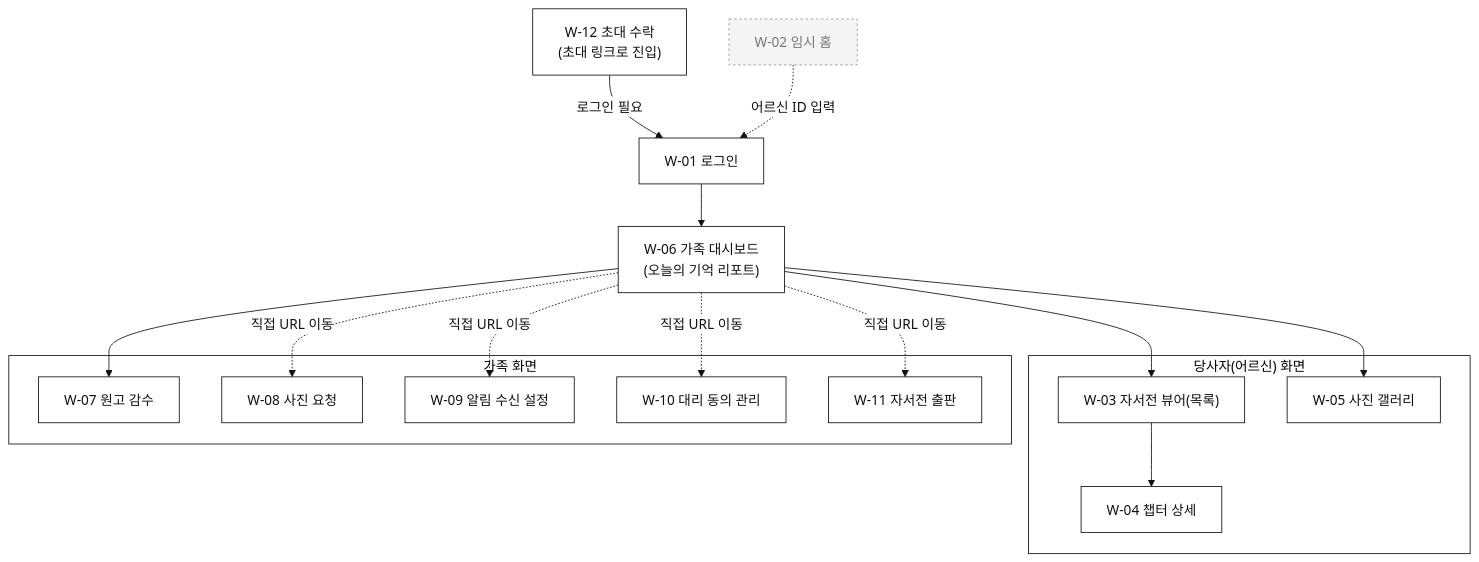
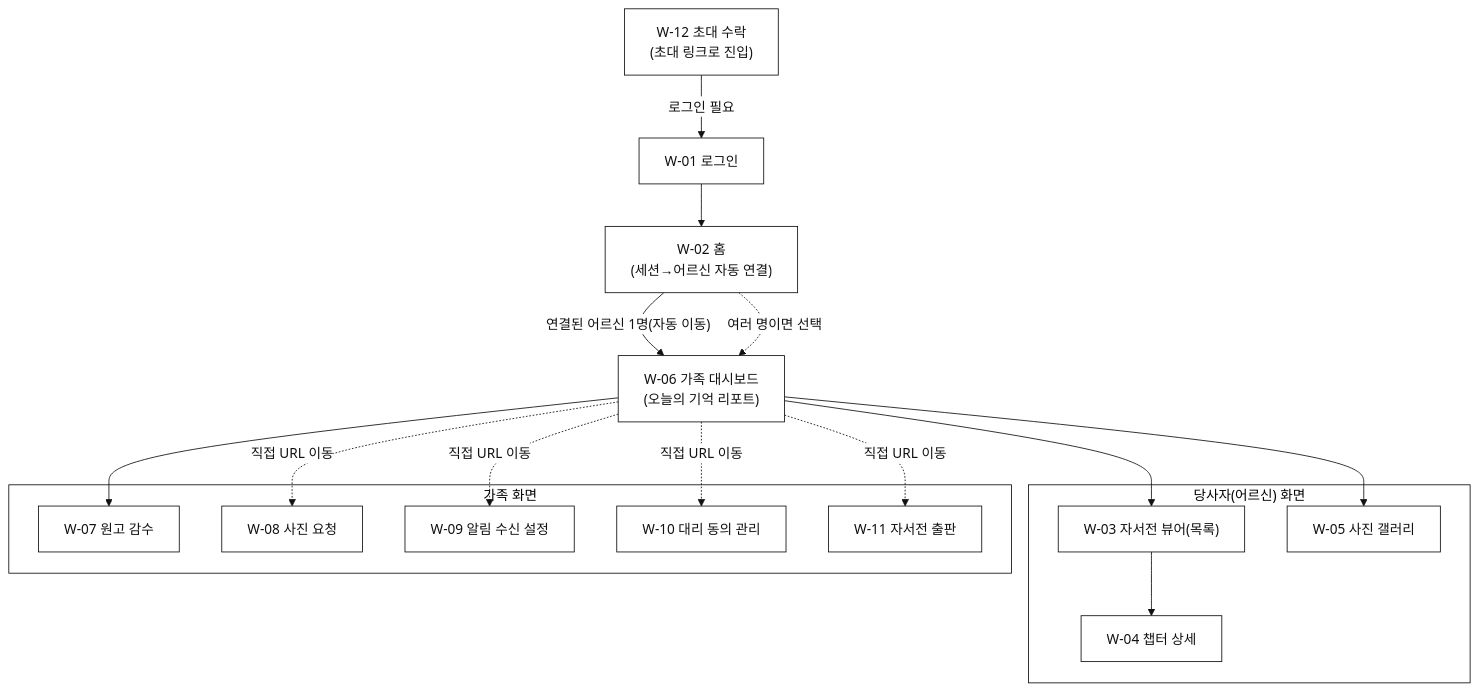
One commit to boheni07/SilverYarn changed the third of 4 diagrams in docs/02-design/screen-definitions.md. Above: the diagram before and after it, drawn with Mermaid. The commit also changed other lines of this file and 22 other files, not shown here.

````diff
--- a/docs/02-design/screen-definitions.md
+++ b/docs/02-design/screen-definitions.md
@@ -182,30 +182,29 @@
 ```mermaid
 %%{init: {'theme':'base', 'themeVariables': {'primaryColor':'#ffffff','primaryTextColor':'#111111','primaryBorderColor':'#111111','lineColor':'#111111','background':'#ffffff','mainBkg':'#ffffff','textColor':'#111111','clusterBkg':'#ffffff','clusterBorder':'#111111','edgeLabelBackground':'#ffffff'}}}%%
 flowchart TB
     W12["W-12 초대 수락<br/>(초대 링크로 진입)"] -->|"로그인 필요"| W01["W-01 로그인"]
-    W02["W-02 임시 홈"]:::temp -. 어르신 ID 입력 .-> W01
-    W01 --> W06["W-06 가족 대시보드<br/>(오늘의 기억 리포트)"]
+    W01 --> W02["W-02 홈<br/>(세션→어르신 자동 연결)"]
+    W02 -->|"연결된 어르신 1명(자동 이동)"| W06["W-06 가족 대시보드<br/>(오늘의 기억 리포트)"]
+    W02 -. "여러 명이면 선택" .-> W06
 
     subgraph SELFSCREENS["당사자(어르신) 화면"]
         W03["W-03 자서전 뷰어(목록)"] --> W04["W-04 챕터 상세"]
         W05["W-05 사진 갤러리"]
     end
 
     subgraph FAMILYSCREENS["가족 화면"]
         W07["W-07 원고 감수"]
         W08["W-08 사진 요청"]
         W09["W-09 알림 수신 설정"]
         W10["W-10 대리 동의 관리"]
         W11["W-11 자서전 출판"]
     end
 
     W06 --> W03
     W06 --> W05
     W06 --> W07
     W06 -. 직접 URL 이동 .-> W08
     W06 -. 직접 URL 이동 .-> W09
     W06 -. 직접 URL 이동 .-> W10
     W06 -. 직접 URL 이동 .-> W11
-
-    classDef temp fill:#f4f4f4,color:#777777,stroke:#999999,stroke-width:1px,stroke-dasharray: 3 3;
 ```
````
